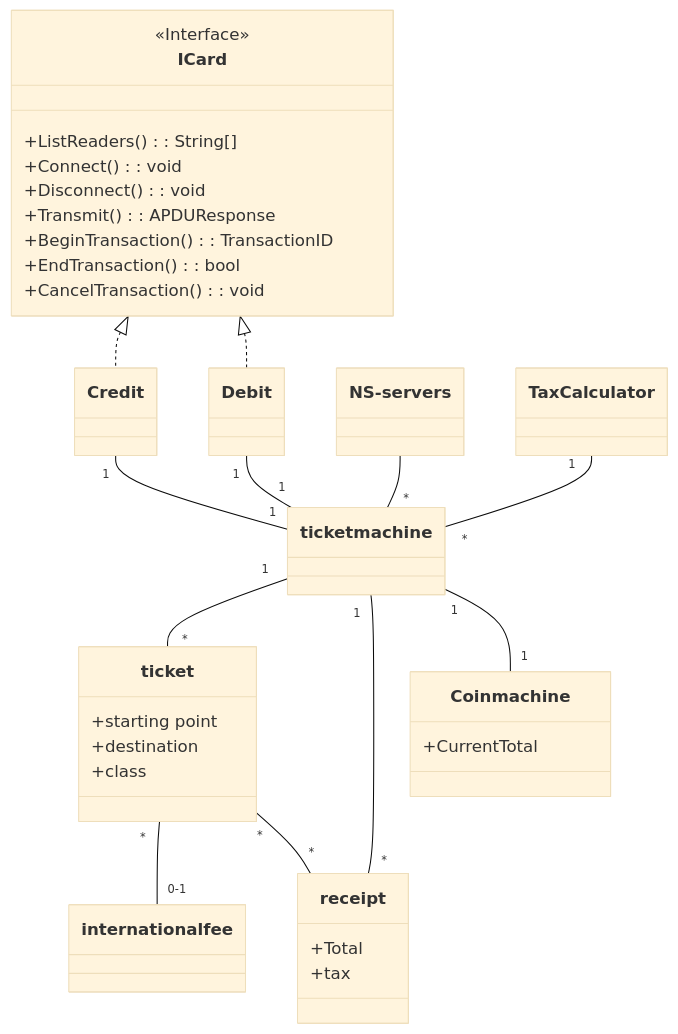
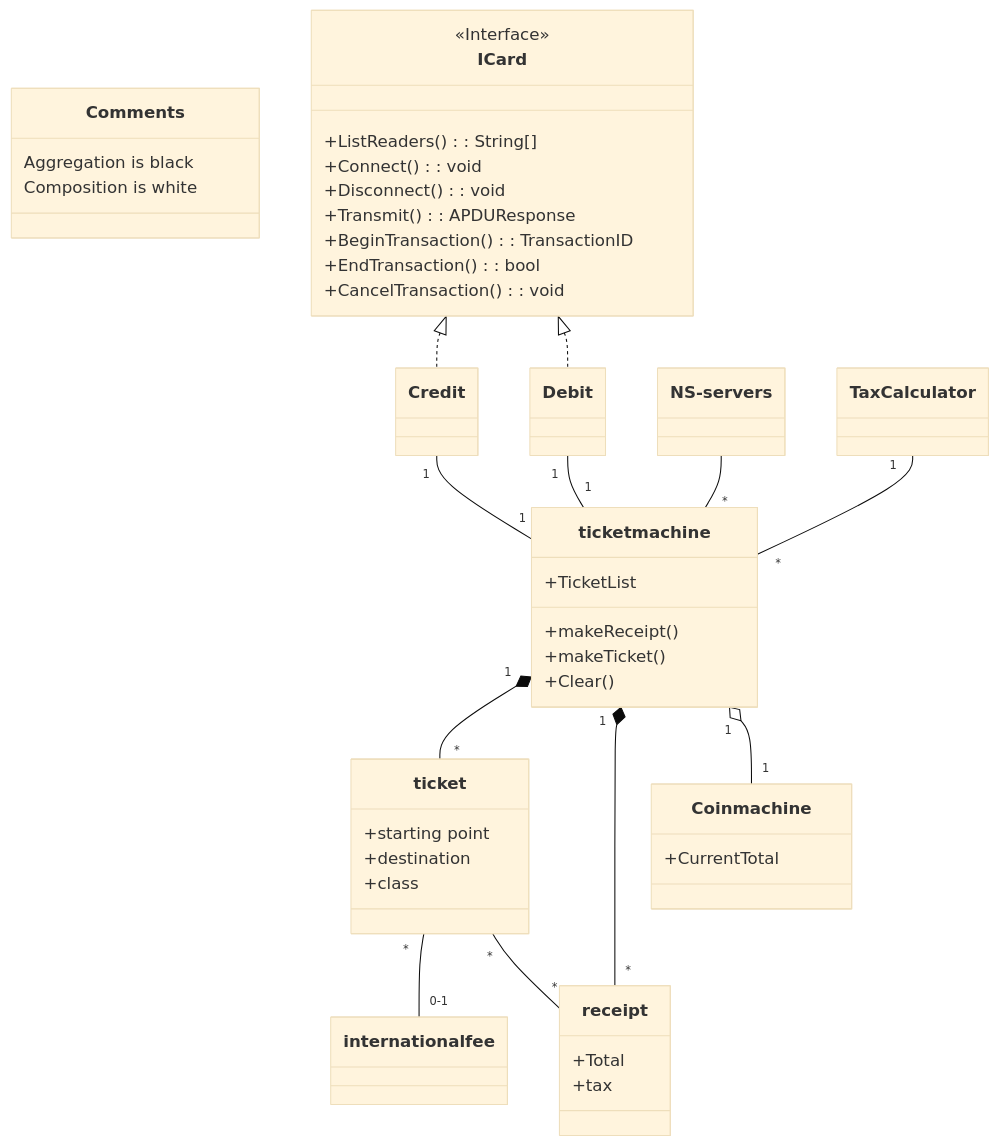
The diagram in Classes.md (ThannerJonna/MSO23_G19), drawn with Mermaid (base theme) before and after one commit.

Commit message:
progress

````diff
--- a/Classes.md
+++ b/Classes.md
@@ -1,47 +1,57 @@
 ```mermaid
 classDiagram
 
+class Comments{
+    Aggregation is black
+    Composition is white
+}
+
 ticket "*" -- "0-1" international fee
-ticketmachine "1" -- "*" ticket 
+ticketmachine "1" *-- "*" ticket
 Debit  "1" -- "1" ticketmachine 
 Credit "1" -- "1"  ticketmachine 
 NS-servers -- "*" ticketmachine 
-ticketmachine "1" -- "*" receipt
-ticket "*" -- "*" receipt 
-ticketmachine "1" -- "1" Coin machine
+ticketmachine "1" *-- "*" receipt
+ticket "*" -- "*" receipt
+ticketmachine "1" o-- "1" Coin machine
 TaxCalculator "1" -- "*" ticketmachine 
 
 ICard <|.. Credit
 ICard <|.. Debit
 
-class ticketmachine
+class ticketmachine{
+    +makeReceipt()
+    +makeTicket()
+    +TicketList
+    +Clear()
+}
 
 class ticket{
     +starting point
     +destination
     +class
 }
 
 class Coinmachine{
     +CurrentTotal
 }
 
 class receipt{
     +Total
     +tax
 }
 
 
 class ICard {
     <<Interface>>
  +ListReaders() : String[]
  +Connect(): void
  +Disconnect(): void
  +Transmit() : APDUResponse
  +BeginTransaction(): TransactionID
  +EndTransaction(): bool
  +CancelTransaction() : void
 }
 
 class Credit
 ```
````
